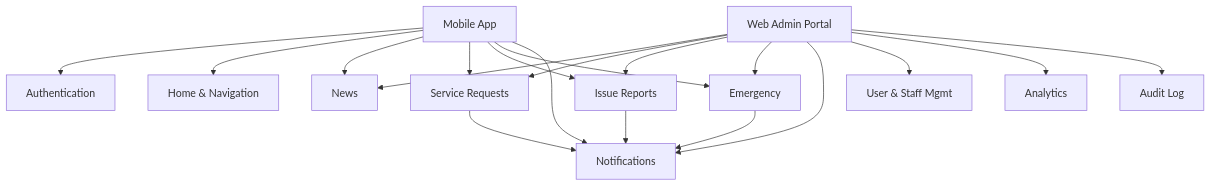
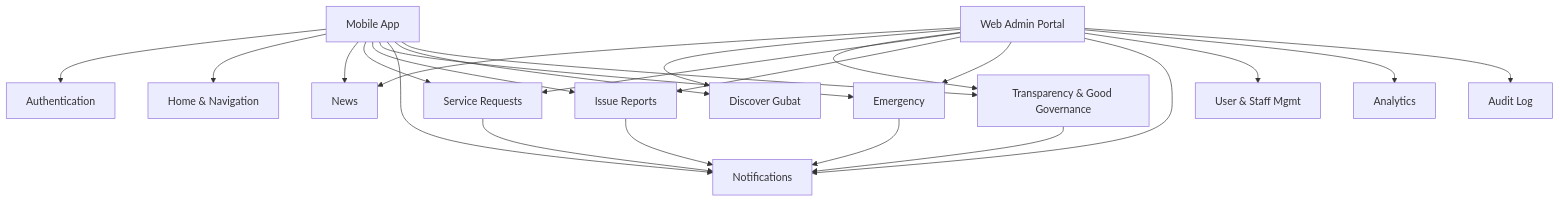
The diagram in docs/igubat_proposal.md (Roo0nnie/igubat), drawn with Mermaid before and after one commit. The commit also changed other lines of this file and 64 other files, not shown here.

````diff
--- a/docs/igubat_proposal.md
+++ b/docs/igubat_proposal.md
@@ -82,21 +85,26 @@
 ```mermaid
 graph TD
     A[Mobile App] --> M1[Authentication]
     A --> M3[Home & Navigation]
     A --> M4[News]
     A --> M5[Service Requests]
     A --> M6[Issue Reports]
     A --> M7[Emergency]
     A --> M8[Notifications]
+    A --> M12[Discover Gubat]
+    A --> M13[Transparency & Good Governance]
+    M13 --> M8
     B[Web Admin Portal] --> M4
+    B --> M12
+    B --> M13
     B --> M5
     B --> M6
     B --> M7
     B --> M8
     B --> M9[User & Staff Mgmt]
     B --> M10[Analytics]
     B --> M11[Audit Log]
     M5 --> M8
     M6 --> M8
     M7 --> M8
 ```
````
